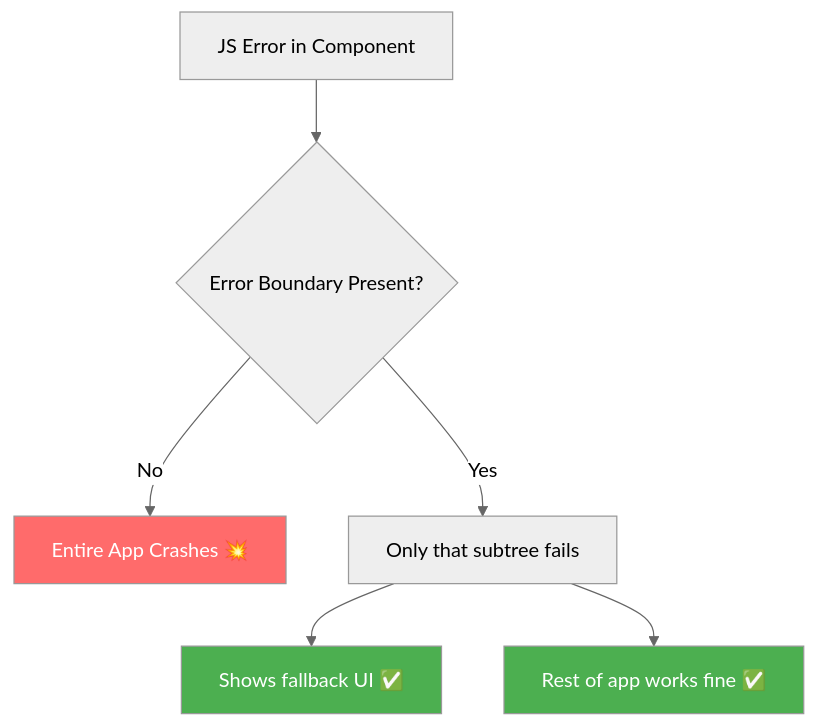
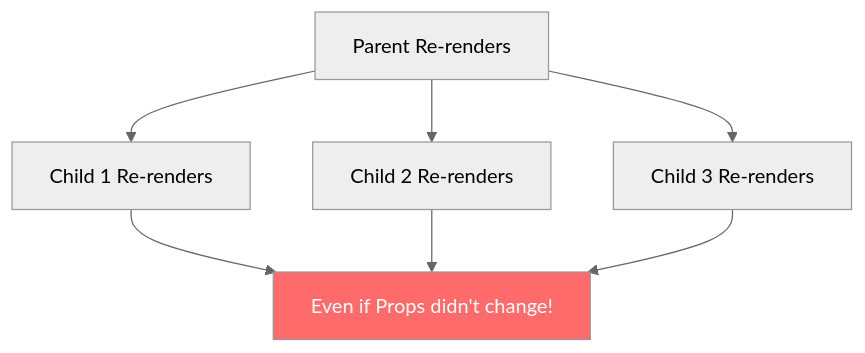
One commit to Maksof-waqarahmed/Web-Development-2-ReactJs changed the first of 2 diagrams in React/week_10/class_1/README.md. Above: the diagram before and after it, drawn with Mermaid (neutral theme). The commit also changed other lines of this file and 25 other files, not shown here.

````diff
--- a/React/week_10/class_1/README.md
+++ b/React/week_10/class_1/README.md
@@ -24,11 +26,10 @@
 ```mermaid
 graph TD
-    A[JS Error in Component] --> B{Error Boundary Present?}
-    B -->|No| C[Entire App Crashes 💥]
-    B -->|Yes| D[Only that subtree fails]
-    D --> E[Shows fallback UI ✅]
-    D --> F[Rest of app works fine ✅]
-    style C fill:#ff6b6b,color:#fff
-    style E fill:#4caf50,color:#fff
-    style F fill:#4caf50,color:#fff
+    A[Parent Re-renders] --> B[Child 1 Re-renders]
+    A --> C[Child 2 Re-renders]
+    A --> D[Child 3 Re-renders]
+    B --> E[Even if Props didn't change!]
+    C --> E
+    D --> E
+    style E fill:#ff6b6b,color:#fff
 ```
````
